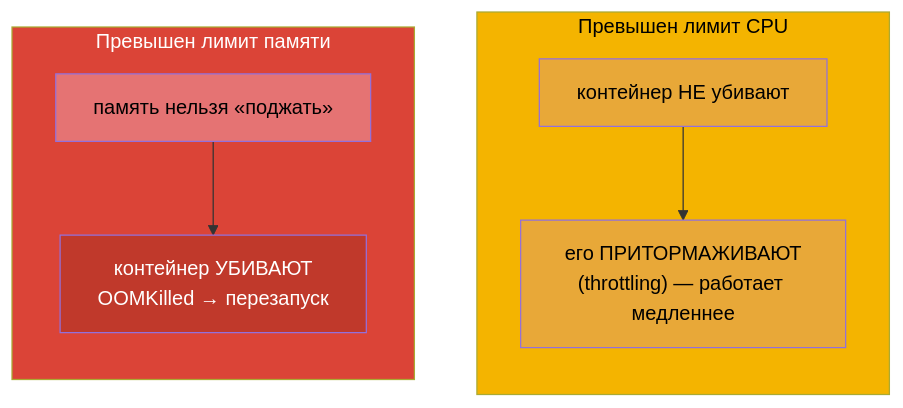
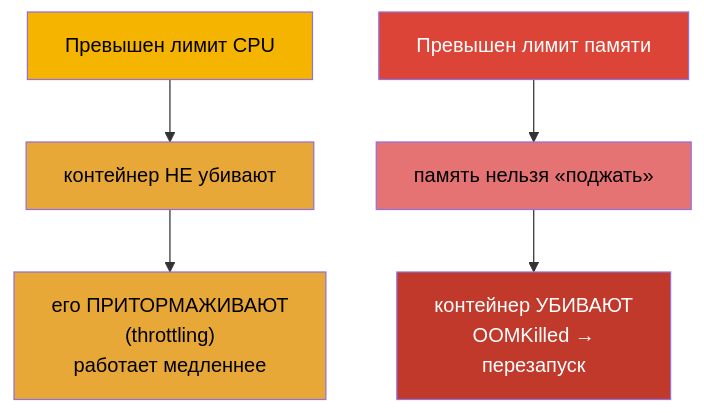
One commit to ViktorUJ/cks changed the second of 5 diagrams in tasks/cka/course/14/ru.md. Above: the diagram before and after it, drawn with Mermaid. The commit also changed other lines of this file, not shown here.

````diff
--- a/tasks/cka/course/14/ru.md
+++ b/tasks/cka/course/14/ru.md
@@ -68,17 +94,11 @@
 ```mermaid
 flowchart TB
-    subgraph CPU["Превышен лимит CPU"]
-        direction TB
-        c1["контейнер НЕ убивают"] --> c2["его ПРИТОРМАЖИВАЮТ<br>(throttling) — работает медленнее"]
-    end
-    subgraph MEM["Превышен лимит памяти"]
-        direction TB
-        m1["память нельзя «поджать»"] --> m2["контейнер УБИВАЮТ<br>OOMKilled → перезапуск"]
-    end
-    style CPU fill:#f4b400,color:#000
-    style MEM fill:#db4437,color:#fff
+    c0["Превышен лимит CPU"] --> c1["контейнер НЕ убивают"] --> c2["его ПРИТОРМАЖИВАЮТ<br>(throttling)<br>работает медленнее"]
+    m0["Превышен лимит памяти"] --> m1["память нельзя «поджать»"] --> m2["контейнер УБИВАЮТ<br>OOMKilled →<br>перезапуск"]
+    style c0 fill:#f4b400,color:#000
+    style m0 fill:#db4437,color:#fff
     style c1 fill:#e8a838,color:#000
     style c2 fill:#e8a838,color:#000
     style m1 fill:#e57373,color:#000
     style m2 fill:#c0392b,color:#fff
 ```
````
